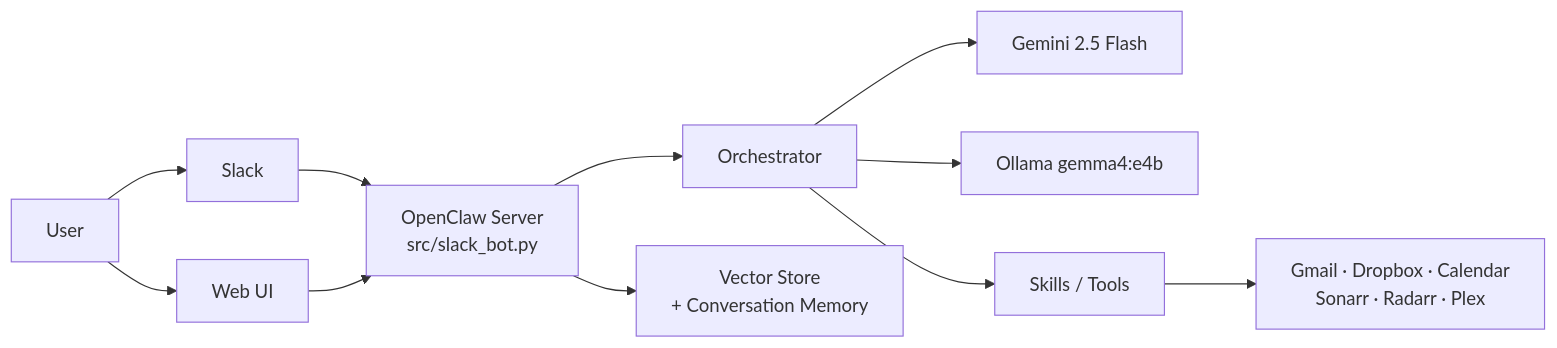
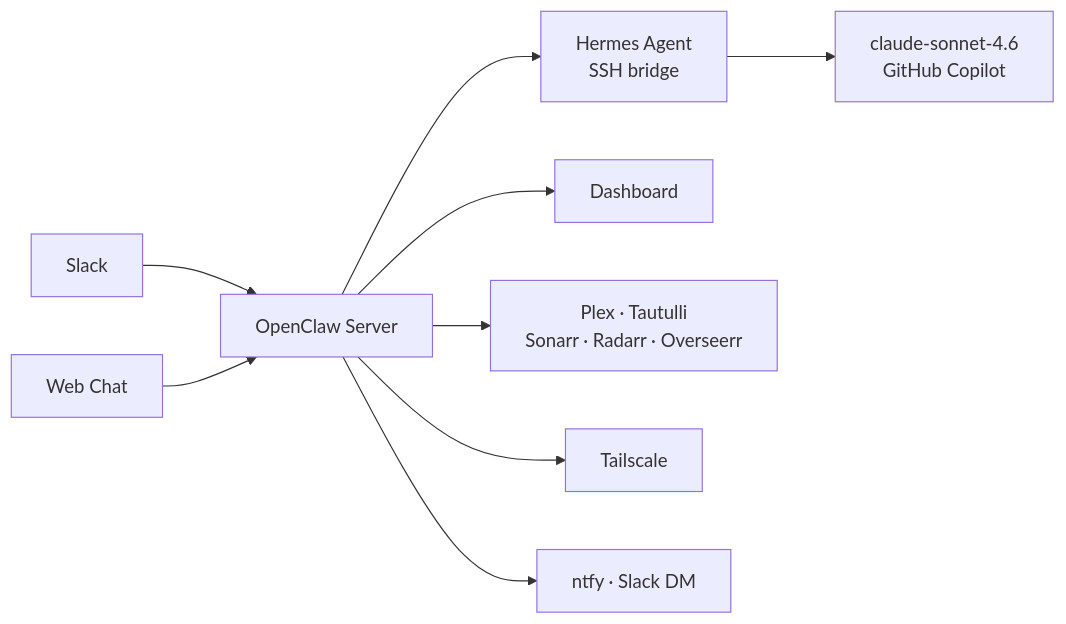
The diagram in README.md (DaveVoyles/openclaw-on-mac-mini), drawn with Mermaid before and after one commit. The commit also changed other lines of this file and 7 other files, not shown here.

````diff
--- a/README.md
+++ b/README.md
@@ -56,12 +61,14 @@
 ```mermaid
 flowchart LR
-    U[User] --> SL[Slack]
-    U --> WEB[Web UI]
-    SL & WEB --> BOT[OpenClaw Server\nsrc/slack_bot.py]
-    BOT --> ORCH[Orchestrator]
-    ORCH --> LLM[Gemini 2.5 Flash]
-    ORCH --> LOCAL[Ollama gemma4:e4b]
-    ORCH --> SKILLS[Skills / Tools]
-    SKILLS --> EXT[Gmail · Dropbox · Calendar\nSonarr · Radarr · Plex]
-    BOT --> MEM[Vector Store\n+ Conversation Memory]
+    SL[Slack] --> OC[OpenClaw Server]
+    WC[Web Chat] --> OC
+    OC --> HA[Hermes Agent
+SSH bridge]
+    HA --> LLM[claude-sonnet-4.6
+GitHub Copilot]
+    OC --> DB[Dashboard]
+    OC --> MEDIA[Plex · Tautulli
+Sonarr · Radarr · Overseerr]
+    OC --> NET[Tailscale]
+    OC --> NOTIFY[ntfy · Slack DM]
 ```
````
